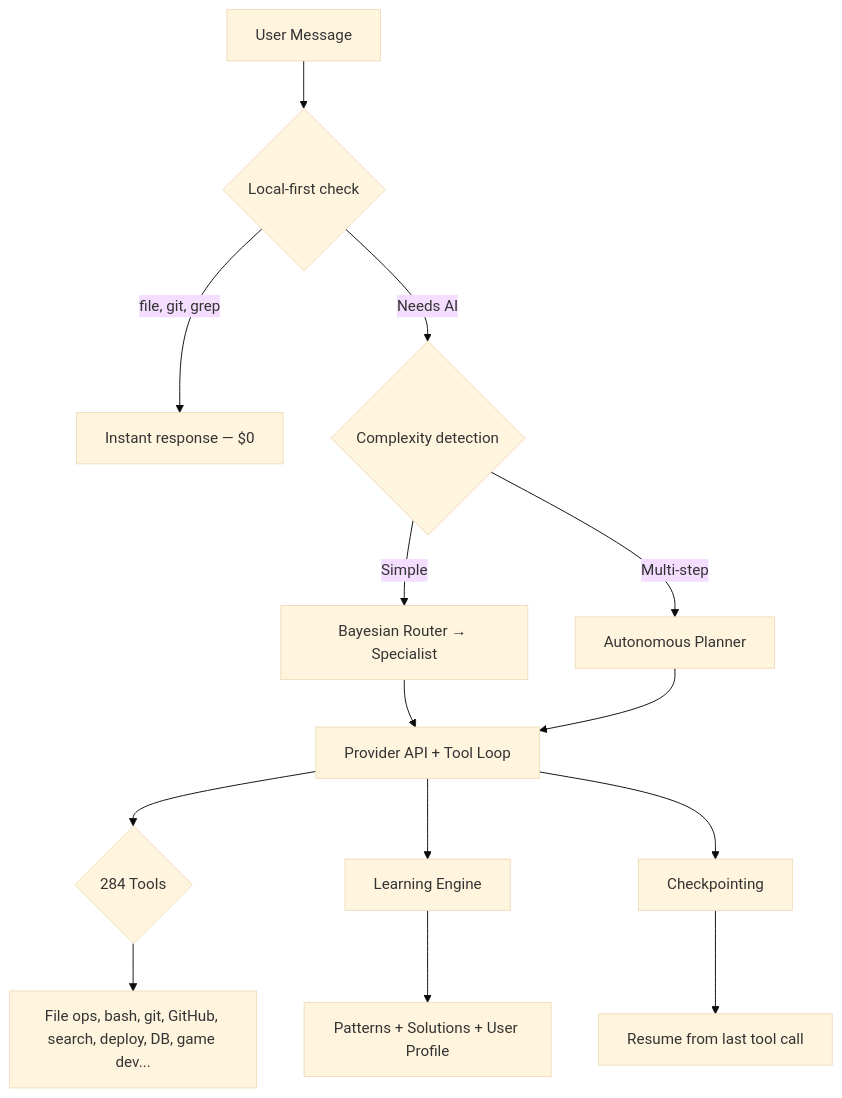
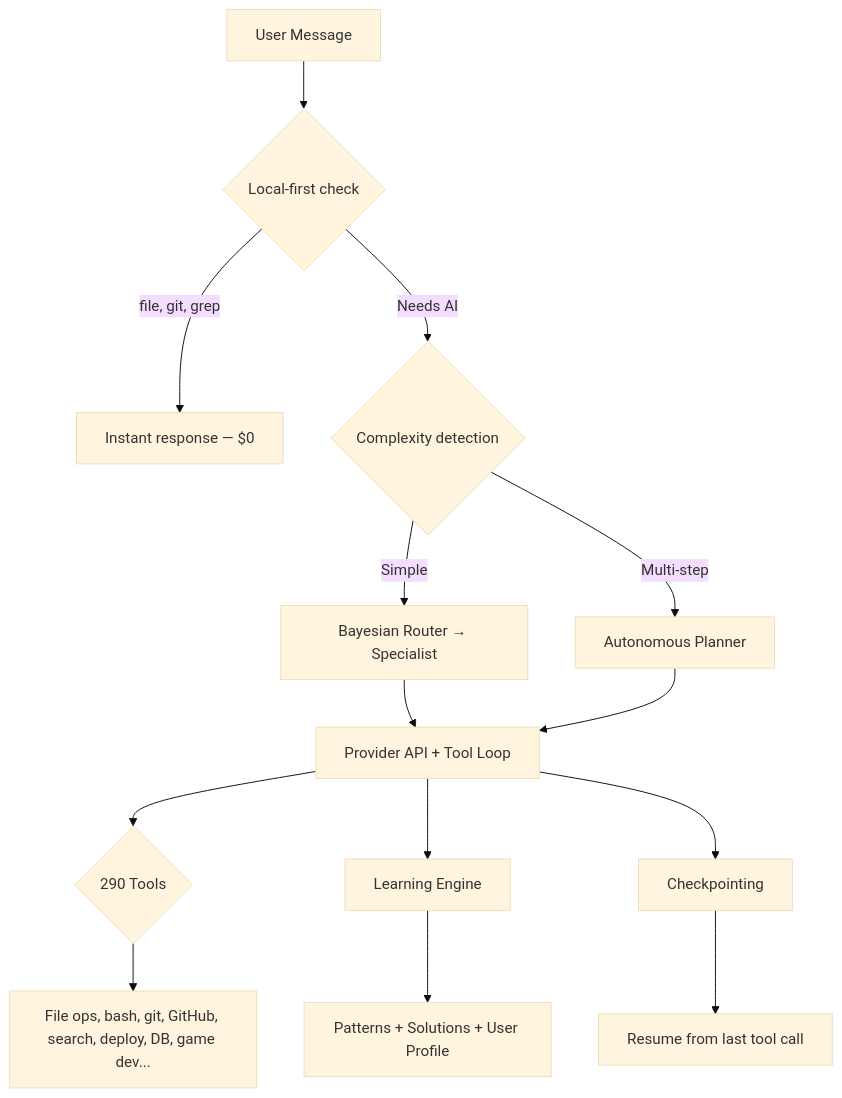
Before and after one commit to isaacsight/kernel: the diagram in README.md, drawn with Mermaid (base theme). The commit also changed other lines of this file and 16 other files, not shown here.

````diff
--- a/README.md
+++ b/README.md
@@ -154,16 +154,16 @@
 ```mermaid
 graph TD
     A[User Message] --> B{Local-first check}
     B -->|file, git, grep| C[Instant response — $0]
     B -->|Needs AI| D{Complexity detection}
     D -->|Simple| E[Bayesian Router → Specialist]
     D -->|Multi-step| F[Autonomous Planner]
     E --> G[Provider API + Tool Loop]
     F --> G
-    G --> H{284 Tools}
+    G --> H{290 Tools}
     H --> I[File ops, bash, git, GitHub, search, deploy, DB, game dev...]
     G --> J[Learning Engine]
     J --> K[Patterns + Solutions + User Profile]
     G --> L[Checkpointing]
     L --> M[Resume from last tool call]
 ```
````
